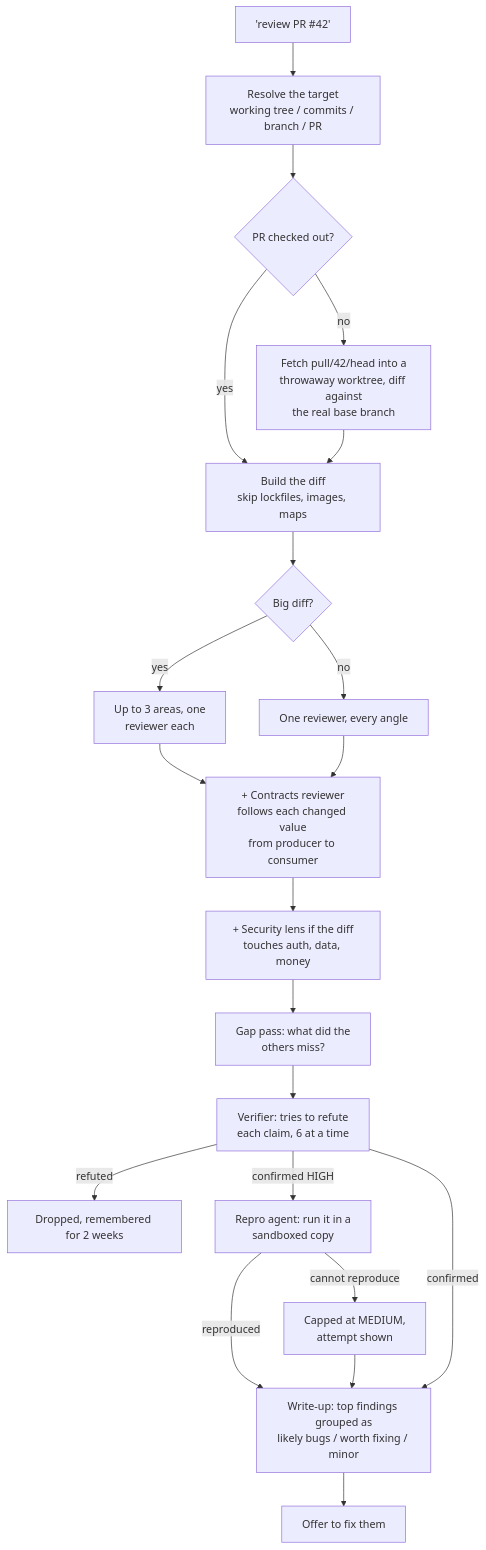
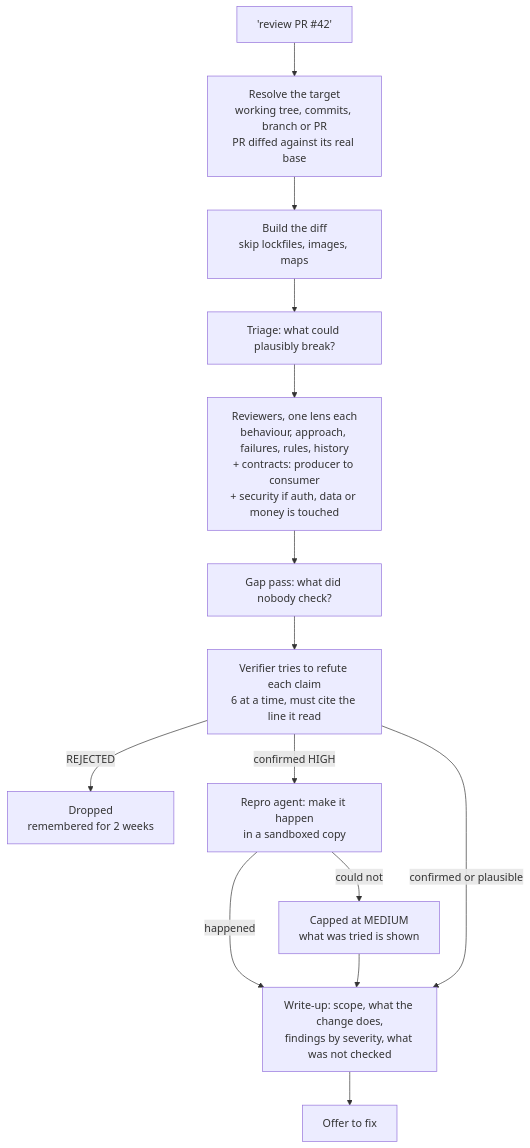
The fifth of 10 diagrams in README.md (Adityaadpandey/melon-harness), drawn with Mermaid before and after one commit. The commit also changed other lines of this file, not shown here.

Commit message:
README: rewrite around checked work, add the MiniMax M3 vs Sonnet 5.5 webhook round and diagrams for the flow, verify, review, context, memory, routing and safety

````diff
--- a/README.md
+++ b/README.md
@@ -577,23 +335,16 @@
 ```mermaid
 flowchart TB
-    Q["'review PR #42'"] --> TGT["Resolve the target<br/>working tree / commits / branch / PR"]
-    TGT --> WT{PR checked out?}
-    WT -->|no| FETCH["Fetch pull/42/head into a<br/>throwaway worktree, diff against<br/>the real base branch"]
-    WT -->|yes| DIFF
-    FETCH --> DIFF["Build the diff<br/>skip lockfiles, images, maps"]
-    DIFF --> SPLIT{Big diff?}
-    SPLIT -->|yes| AREAS["Up to 3 areas, one<br/>reviewer each"]
-    SPLIT -->|no| ONE["One reviewer, every angle"]
-    AREAS --> CON
-    ONE --> CON["+ Contracts reviewer<br/>follows each changed value<br/>from producer to consumer"]
-    CON --> SEC["+ Security lens if the diff<br/>touches auth, data, money"]
-    SEC --> GAP["Gap pass: what did the<br/>others miss?"]
-    GAP --> VERIFY["Verifier: tries to refute<br/>each claim, 6 at a time"]
-    VERIFY -->|refuted| DROP[Dropped, remembered for 2 weeks]
-    VERIFY -->|confirmed HIGH| REPRO["Repro agent: run it in a<br/>sandboxed copy"]
-    REPRO -->|reproduced| SHOW
-    REPRO -->|cannot reproduce| CAP["Capped at MEDIUM,<br/>attempt shown"]
+    Q["'review PR #42'"] --> T["Resolve the target<br/>working tree, commits, branch or PR<br/>PR diffed against its real base"]
+    T --> D["Build the diff<br/>skip lockfiles, images, maps"]
+    D --> TR["Triage: what could plausibly break?"]
+    TR --> RV["Reviewers, one lens each<br/>behaviour, approach, failures, rules, history<br/>+ contracts: producer to consumer<br/>+ security if auth, data or money is touched"]
+    RV --> GAP["Gap pass: what did nobody check?"]
+    GAP --> VF["Verifier tries to refute each claim<br/>6 at a time, must cite the line it read"]
+    VF -->|REJECTED| DROP["Dropped<br/>remembered for 2 weeks"]
+    VF -->|"confirmed HIGH"| RP["Repro agent: make it happen<br/>in a sandboxed copy"]
+    RP -->|happened| SHOW
+    RP -->|could not| CAP["Capped at MEDIUM<br/>what was tried is shown"]
     CAP --> SHOW
-    VERIFY -->|confirmed| SHOW["Write-up: top findings grouped as<br/>likely bugs / worth fixing / minor"]
-    SHOW --> OFFER["Offer to fix them"]
+    VF -->|"confirmed or plausible"| SHOW["Write-up: scope, what the change does,<br/>findings by severity, what was not checked"]
+    SHOW --> OFFER["Offer to fix"]
 ```
````
